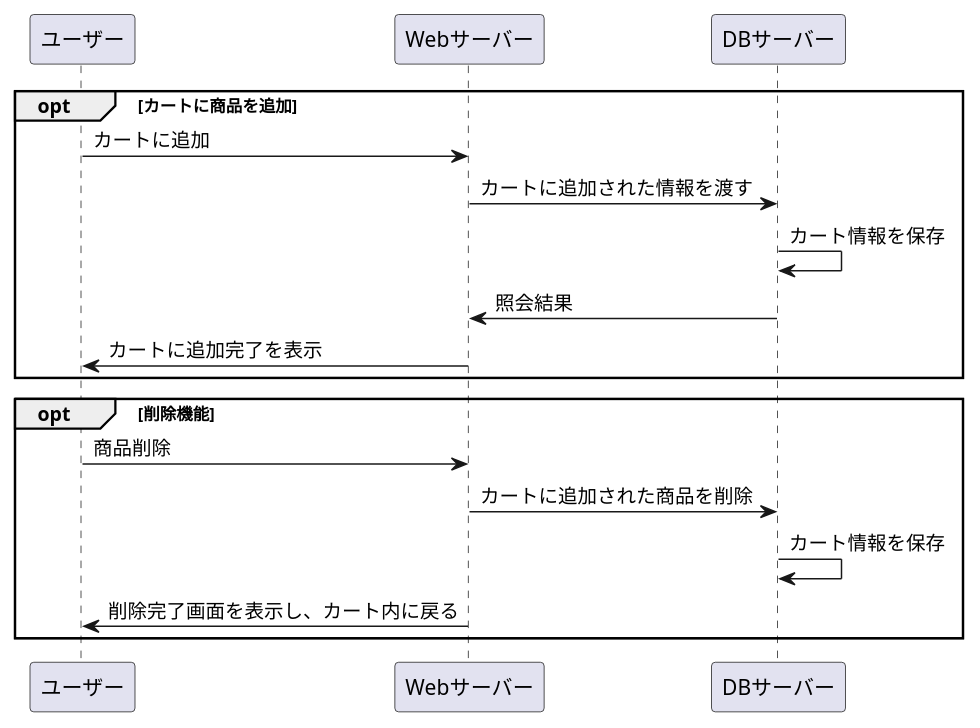
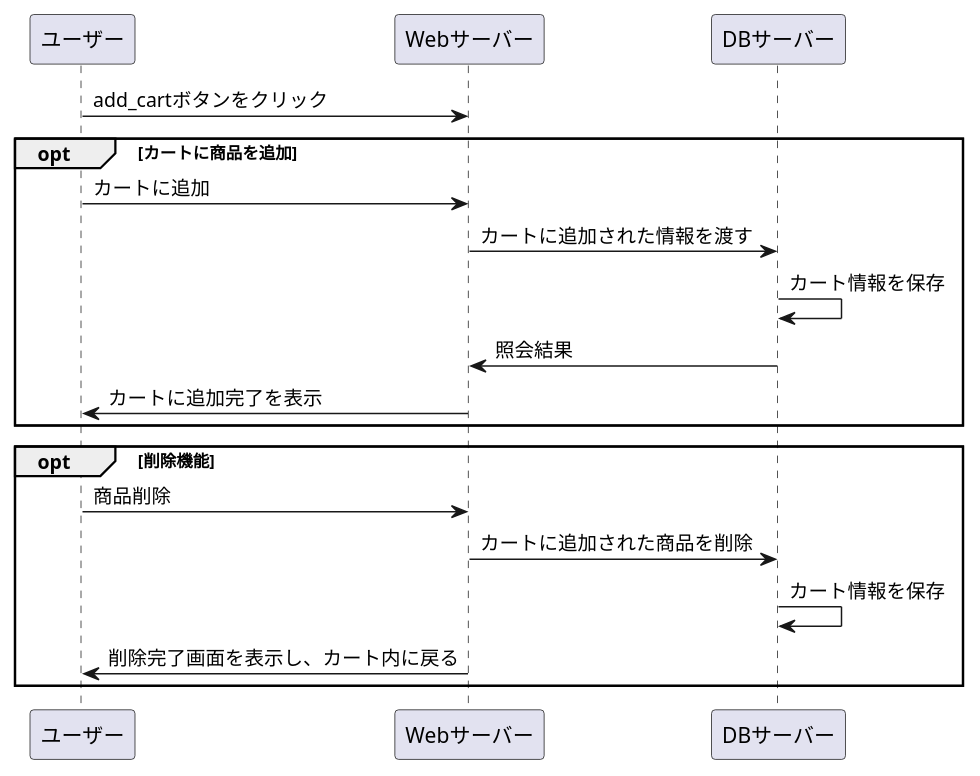
The diagram in stationary/業務フロー/カート.md (Aso2001154/2021sys-design), drawn with PlantUML before and after one commit.

````diff
--- a/stationary/業務フロー/カート.md
+++ b/stationary/業務フロー/カート.md
@@ -1,20 +1,20 @@
 ```uml
 @startuml
-
+ユーザー -> Webサーバー : add_cartボタンをクリック
 opt カートに商品を追加
 ユーザー -> Webサーバー : カートに追加
 Webサーバー -> DBサーバー : カートに追加された情報を渡す
 DBサーバー -> DBサーバー : カート情報を保存
 DBサーバー -> Webサーバー : 照会結果
 Webサーバー -> ユーザー : カートに追加完了を表示
 end
 
 opt 削除機能
 ユーザー -> Webサーバー : 商品削除
 Webサーバー -> DBサーバー : カートに追加された商品を削除
 DBサーバー -> DBサーバー : カート情報を保存
 Webサーバー -> ユーザー : 削除完了画面を表示し、カート内に戻る
 end
 
 @enduml
 ```
````
